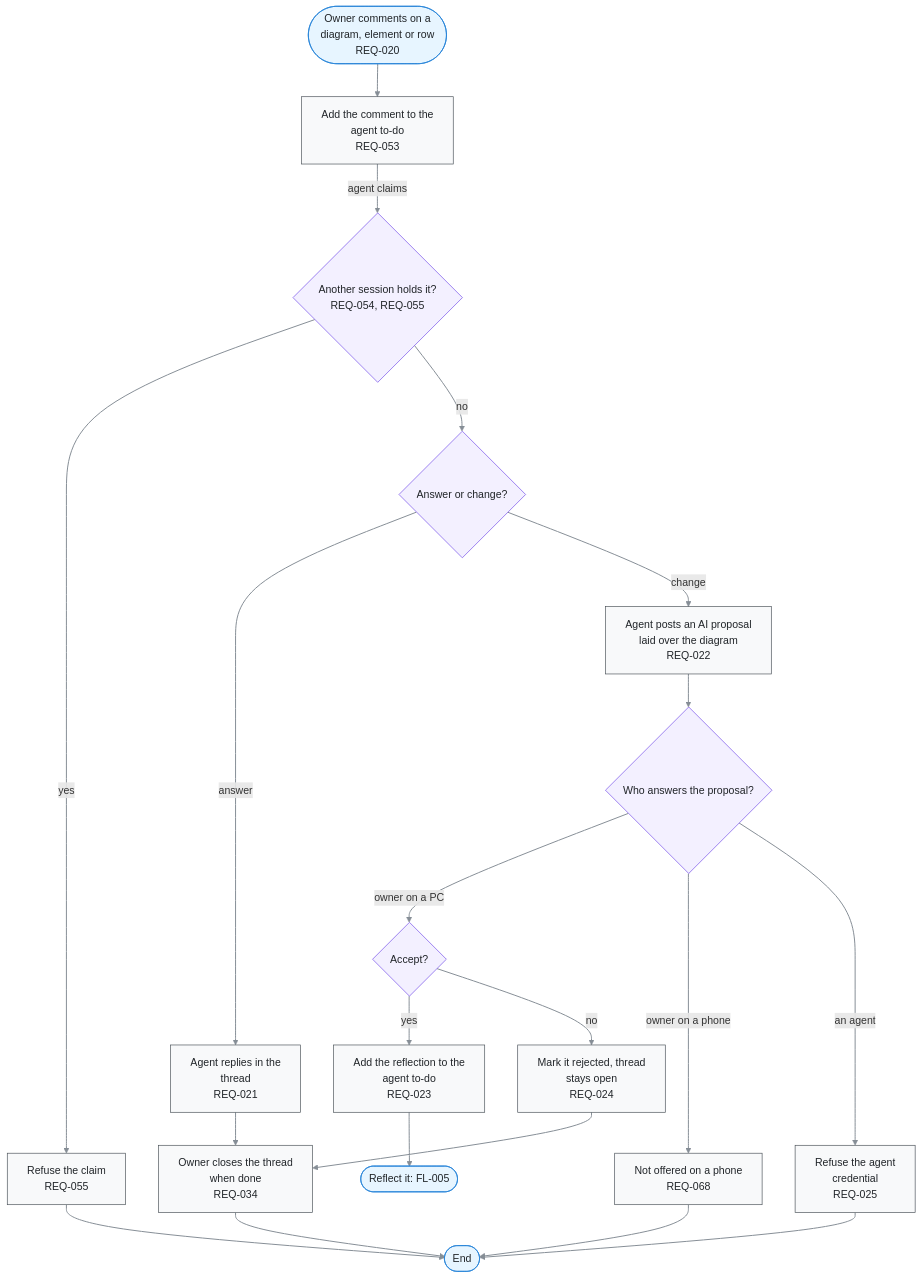
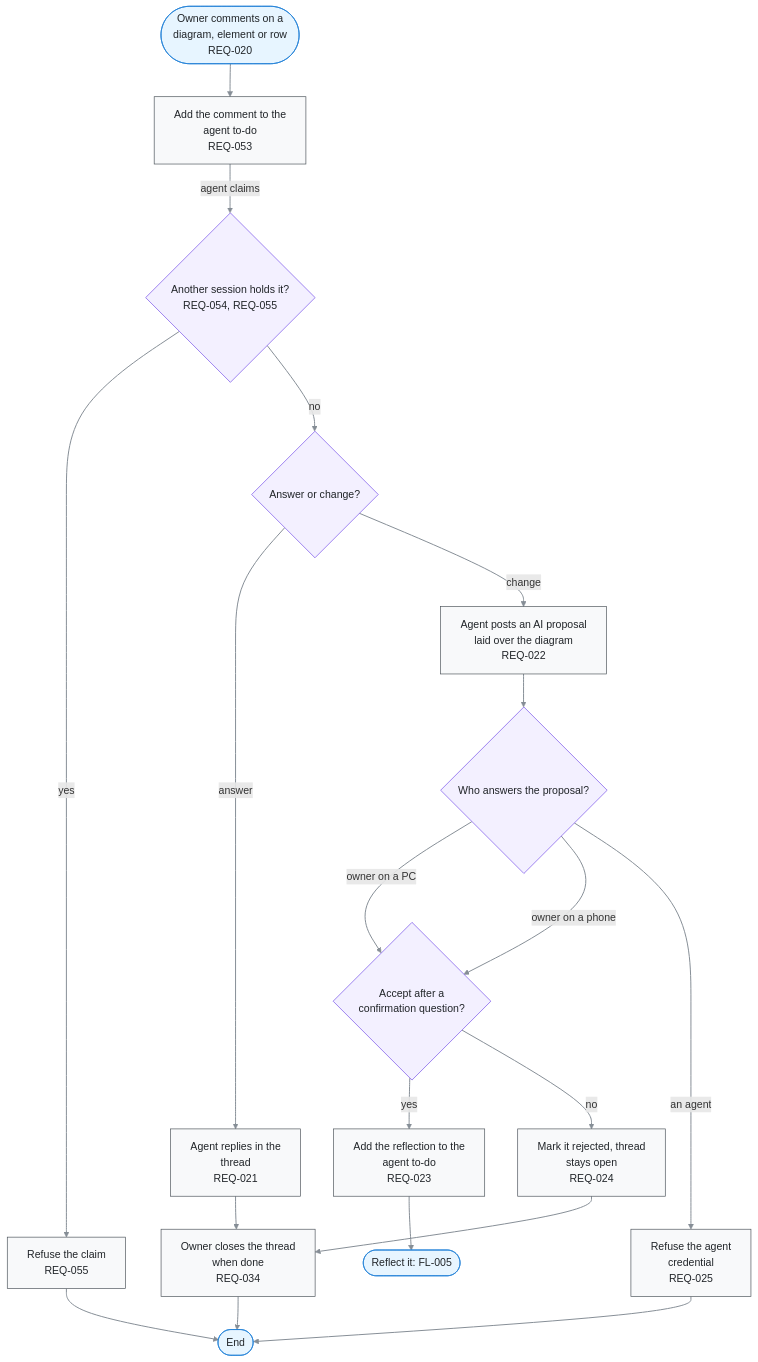
The diagram in docs/03-user-flow/FL-003-comment-and-answer-an-ai-proposal.md (kodonghui/corthex-nexus), drawn with Mermaid before and after one commit. The commit also changed other lines of this file and 69 other files, not shown here.

````diff
--- a/docs/03-user-flow/FL-003-comment-and-answer-an-ai-proposal.md
+++ b/docs/03-user-flow/FL-003-comment-and-answer-an-ai-proposal.md
@@ -9,48 +9,46 @@
 ```mermaid
 flowchart TD
   A(["Owner comments on a<br/>diagram, element or row<br/>REQ-020"])
   B["Add the comment to the<br/>agent to-do<br/>REQ-053"]
   C{"Another session holds it?<br/>REQ-054, REQ-055"}
   D{"Answer or change?"}
   E["Agent replies in the<br/>thread<br/>REQ-021"]
   F["Agent posts an AI proposal<br/>laid over the diagram<br/>REQ-022"]
   G{"Who answers the proposal?"}
-  H{"Accept?"}
+  H{"Accept after a<br/>confirmation question?"}
   I["Add the reflection to the<br/>agent to-do<br/>REQ-023"]
   J["Mark it rejected, thread<br/>stays open<br/>REQ-024"]
   K["Owner closes the thread<br/>when done<br/>REQ-034"]
   R1["Refuse the claim<br/>REQ-055"]
-  R2["Not offered on a phone<br/>REQ-068"]
   R3["Refuse the agent<br/>credential<br/>REQ-025"]
   Z(["End"])
   Y(["Reflect it: FL-005"])
   A e1@--> B
   B e2@-->|agent claims| C
   C e3@-->|yes| R1
   C e4@-->|no| D
   D e5@-->|answer| E
   D e6@-->|change| F
   E e7@--> K
   F e8@--> G
   G e9@-->|owner on a PC| H
-  G e10@-->|owner on a phone| R2
+  G e10@-->|owner on a phone| H
   G e11@-->|an agent| R3
   H e12@-->|yes| I
   H e13@-->|no| J
   I e14@--> Y
   J e15@--> K
   K e16@--> Z
   R1 e17@--> Z
-  R2 e18@--> Z
   R3 e19@--> Z
   %% legend: below
   classDef term fill:#e7f5ff,stroke:#1c7ed6,color:#212529
   classDef proc fill:#f8f9fa,stroke:#495057,color:#212529
   classDef decide fill:#f3f0ff,stroke:#7048e8,color:#212529
   classDef gap fill:#f1f3f5,stroke:#adb5bd,stroke-dasharray:2 3,color:#495057
   classDef pass stroke:#868e96,stroke-width:1.5px
   class A,Z,Y term
-  class B,E,F,I,J,K,R1,R2,R3 proc
+  class B,E,F,I,J,K,R1,R3 proc
   class C,D,G,H decide
-  class e1,e2,e3,e4,e5,e6,e7,e8,e9,e10,e11,e12,e13,e14,e15,e16,e17,e18,e19 pass
+  class e1,e2,e3,e4,e5,e6,e7,e8,e9,e10,e11,e12,e13,e14,e15,e16,e17,e19 pass
 ```
````
